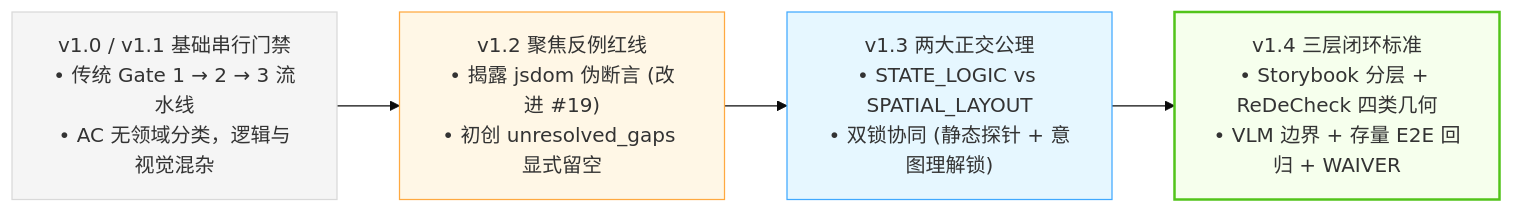
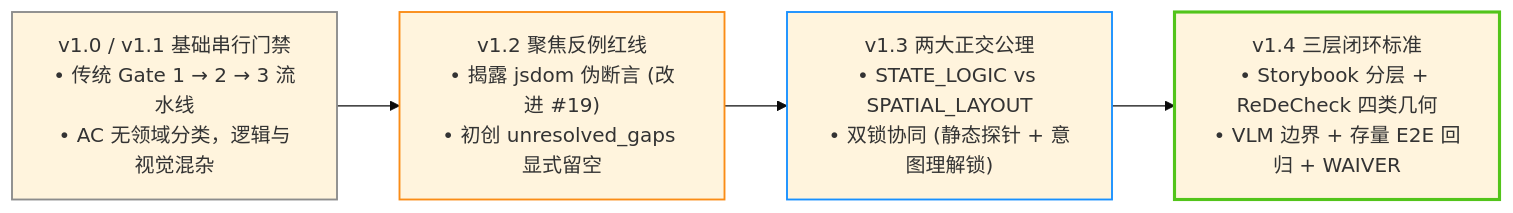
One commit to heycqing/orca-dev-squad changed the first of 5 diagrams in _shared/研发测试小分队交付协议演进对比报告（v1.0至v1.4）.md. Above: the diagram before and after it, drawn with Mermaid (base theme). The commit also changed other lines of this file, not shown here.

````diff
--- a/_shared/研发测试小分队交付协议演进对比报告（v1.0至v1.4）.md
+++ b/_shared/研发测试小分队交付协议演进对比报告（v1.0至v1.4）.md
@@ -27,14 +27,14 @@
 ```mermaid
 flowchart LR
     V1["v1.0 / v1.1 基础串行门禁<br/>• 传统 Gate 1 → 2 → 3 流水线<br/>• AC 无领域分类，逻辑与视觉混杂"]
     V2["v1.2 聚焦反例红线<br/>• 揭露 jsdom 伪断言 (改进 #19)<br/>• 初创 unresolved_gaps 显式留空"]
     V3["v1.3 两大正交公理<br/>• STATE_LOGIC vs SPATIAL_LAYOUT<br/>• 双锁协同 (静态探针 + 意图理解锁)"]
     V4["v1.4 三层闭环标准<br/>• Storybook 分层 + ReDeCheck 四类几何<br/>• VLM 边界 + 存量 E2E 回归 + WAIVER"]
 
     V1 --> V2 --> V3 --> V4
 
-    style V1 fill:#f5f5f5,stroke:#d9d9d9,stroke-width:1px
-    style V2 fill:#fff7e6,stroke:#ffa940,stroke-width:1px
-    style V3 fill:#e6f7ff,stroke:#40a9ff,stroke-width:1px
-    style V4 fill:#f6ffed,stroke:#52c41a,stroke-width:2px
+    style V1 stroke:#8c8c8c,stroke-width:1.5px
+    style V2 stroke:#fa8c16,stroke-width:1.5px
+    style V3 stroke:#1890ff,stroke-width:1.5px
+    style V4 stroke:#52c41a,stroke-width:2.5px
 ```
````
